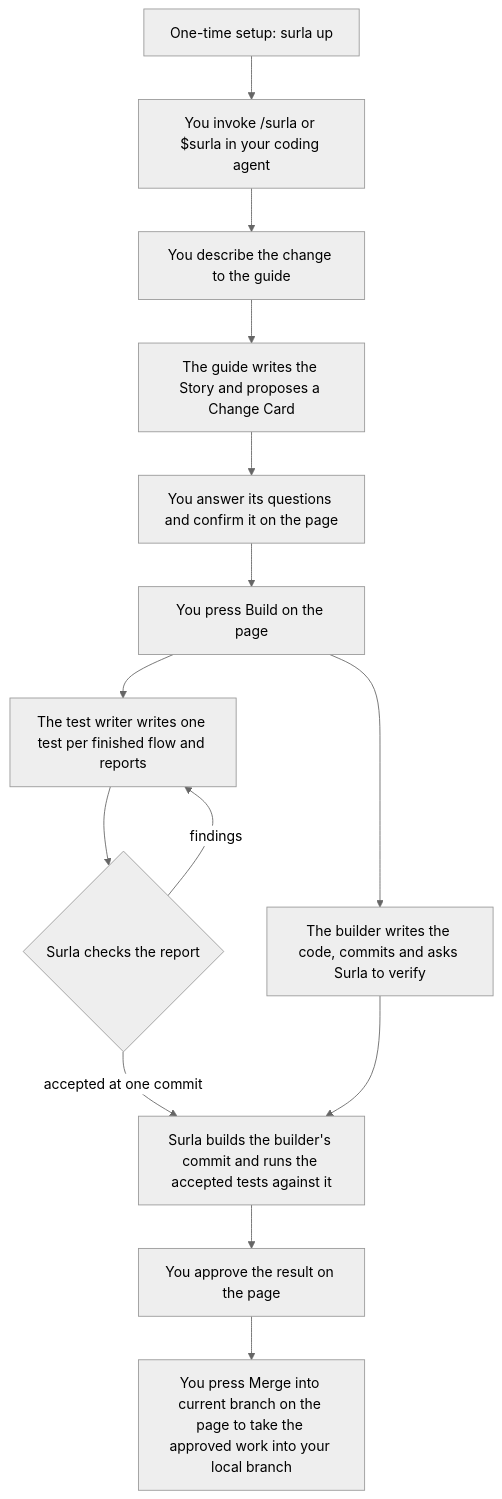
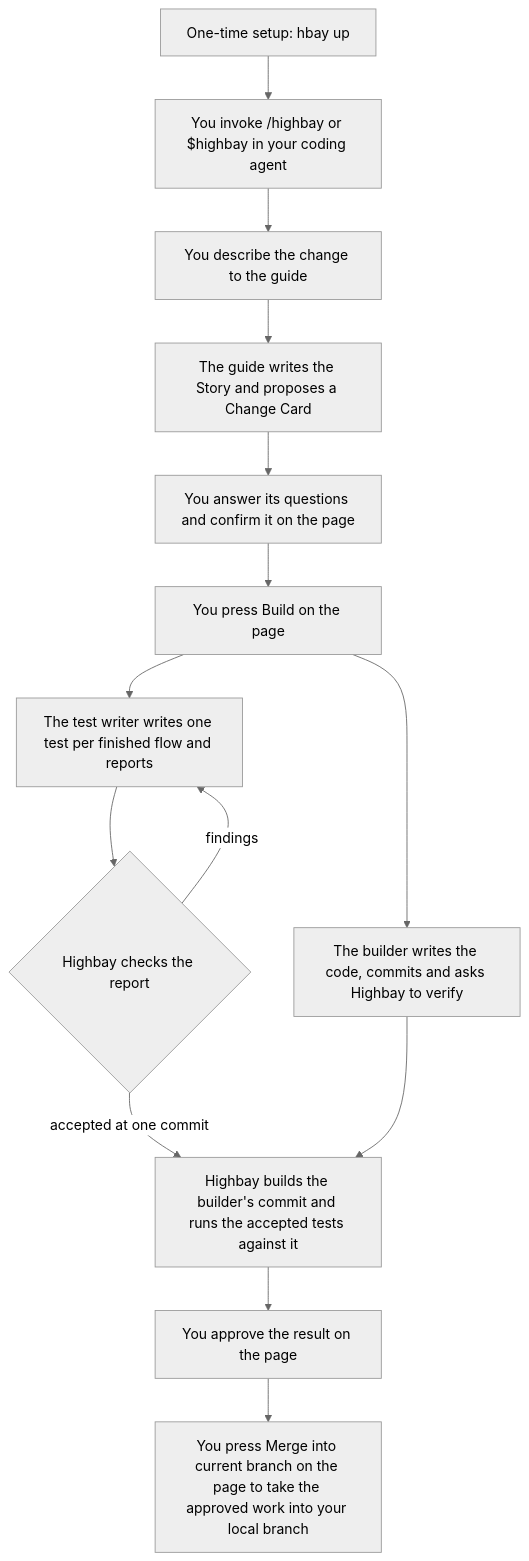
One commit to goadesign/highbay changed the diagram in docs/HOW_IT_WORKS.md. Above: the diagram before and after it, drawn with Mermaid (neutral theme). The commit also changed other lines of this file and 879 other files, not shown here.

First line of the commit message:
Rename Surla to Highbay, with the hbay command

````diff
--- a/docs/HOW_IT_WORKS.md
+++ b/docs/HOW_IT_WORKS.md
@@ -79,16 +79,16 @@
 ```mermaid
 flowchart TD
-    A["One-time setup: surla up"] --> B["You invoke /surla or $surla in your coding agent"]
+    A["One-time setup: hbay up"] --> B["You invoke /highbay or $highbay in your coding agent"]
     B --> C["You describe the change to the guide"]
     C --> D["The guide writes the Story and proposes a Change Card"]
     D --> E["You answer its questions and confirm it on the page"]
     E --> F["You press Build on the page"]
     F --> G["The test writer writes one test per finished flow and reports"]
-    G --> H{"Surla checks the report"}
+    G --> H{"Highbay checks the report"}
     H -->|"findings"| G
-    H -->|"accepted at one commit"| J["Surla builds the builder's commit and runs the accepted tests against it"]
-    F --> I["The builder writes the code, commits and asks Surla to verify"]
+    H -->|"accepted at one commit"| J["Highbay builds the builder's commit and runs the accepted tests against it"]
+    F --> I["The builder writes the code, commits and asks Highbay to verify"]
     I --> J
     J --> K["You approve the result on the page"]
     K --> L["You press Merge into current branch on the page to take the approved work into your local branch"]
 ```
````
